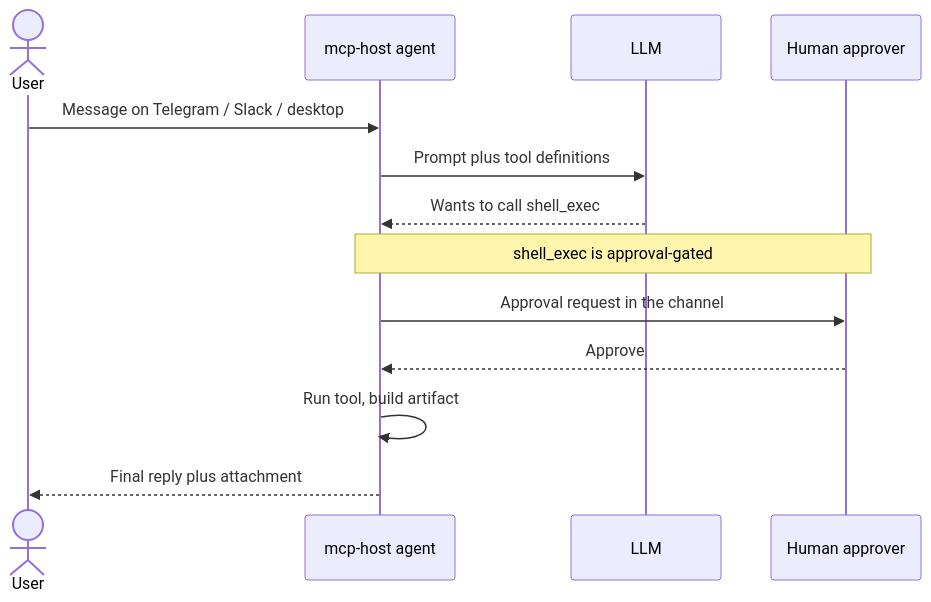
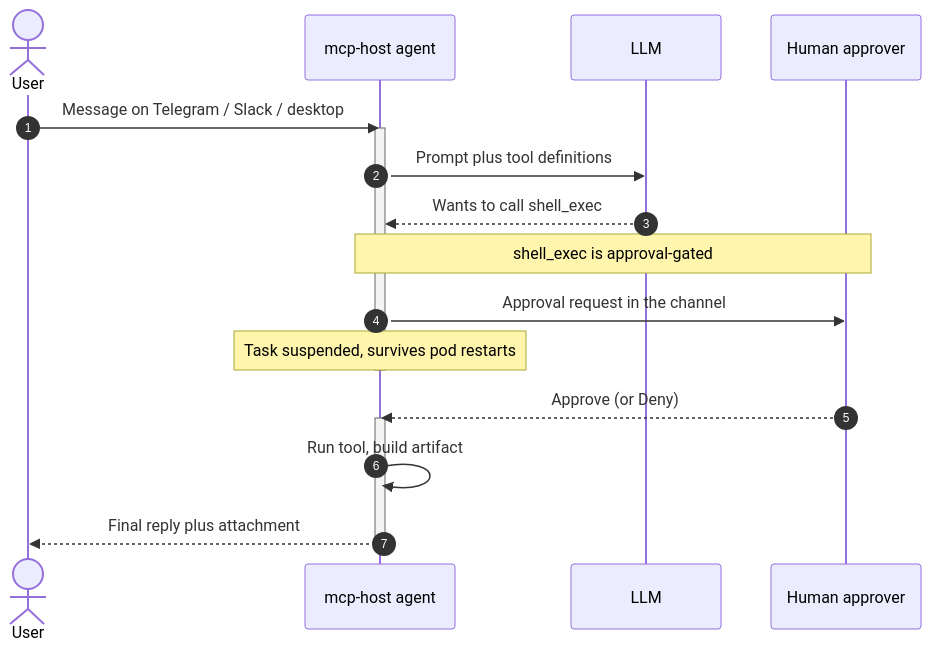
Before and after one commit to evenfire-ai/evenfire: the first of 2 diagrams in README.md, drawn with Mermaid.

Commit message:
docs: improve the "See it work" sequence diagram in README
The diagram read as a straight top-to-bottom flow — the human-in-the-loop
*pause*, which is the whole point, wasn't visible. Improve it while keeping
it hero-friendly:

- autonumber the steps
- add activation lifelines so the agent's active/suspended state is visible
- add a "Task suspended, survives pod restarts" note at the approval wait,
  so the lifeline visibly breaks during the wait and resumes on approve —
  reinforcing the paragraph directly below it
- "Approve (or Deny)" hints at the deny outcome without a second branch

Verified: parses and renders (real Chromium, mermaid 11).

````diff
--- a/README.md
+++ b/README.md
@@ -103,15 +103,21 @@
 ```mermaid
 sequenceDiagram
+    autonumber
     actor U as User
     participant H as mcp-host agent
     participant L as LLM
     participant A as Human approver
     U->>H: Message on Telegram / Slack / desktop
+    activate H
     H->>L: Prompt plus tool definitions
     L-->>H: Wants to call shell_exec
     Note over H,A: shell_exec is approval-gated
     H->>A: Approval request in the channel
-    A-->>H: Approve
+    Note over H: Task suspended, survives pod restarts
+    deactivate H
+    A-->>H: Approve (or Deny)
+    activate H
     H->>H: Run tool, build artifact
     H-->>U: Final reply plus attachment
+    deactivate H
 ```
````
